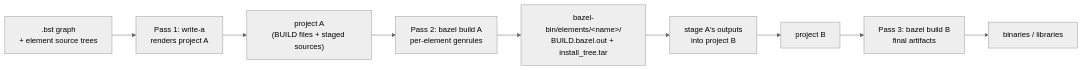
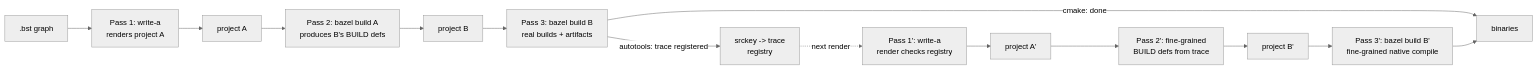
The first of 5 diagrams in docs/three-pass-flow.md (sstriker/buildstream-bazel), drawn with Mermaid (neutral theme) before and after one commit. The commit also changed other lines of this file and 1 other file, not shown here.

First line of the commit message:
docs+lint: reframe three-pass-flow.md per @sstriker review + gofmt canonicalize_test.go

````diff
--- a/docs/three-pass-flow.md
+++ b/docs/three-pass-flow.md
@@ -13,11 +22,16 @@
 ```mermaid
 flowchart LR
-  bst[".bst graph<br/>+ element source trees"] --> wa[Pass 1: write-a<br/>renders project A]
-  wa --> a["project A<br/>(BUILD files + staged sources)"]
-  a --> ba[Pass 2: bazel build A<br/>per-element genrules]
-  ba --> bins["bazel-bin/elements/&lt;name&gt;/<br/>BUILD.bazel.out + install_tree.tar"]
-  bins --> stage["stage A's outputs<br/>into project B"]
-  stage --> b[project B]
-  b --> bb[Pass 3: bazel build B<br/>final artifacts]
-  bb --> art["binaries / libraries"]
+  bst[".bst graph"] --> wa[Pass 1: write-a<br/>renders project A]
+  wa --> pa[project A]
+  pa --> ba[Pass 2: bazel build A<br/>produces B's BUILD defs]
+  ba --> pb[project B]
+  pb --> bb[Pass 3: bazel build B<br/>real builds + artifacts]
+  bb -- "cmake: done" --> art[binaries]
+  bb -- "autotools: trace registered" --> reg["srckey -> trace<br/>registry"]
+  reg -. "next render" .-> wa2[Pass 1': write-a<br/>render checks registry]
+  wa2 --> pa2[project A']
+  pa2 --> ba2[Pass 2': fine-grained<br/>BUILD defs from trace]
+  ba2 --> pb2[project B']
+  pb2 --> bb2[Pass 3': bazel build B'<br/>fine-grained native compile]
+  bb2 --> art
 ```
````
